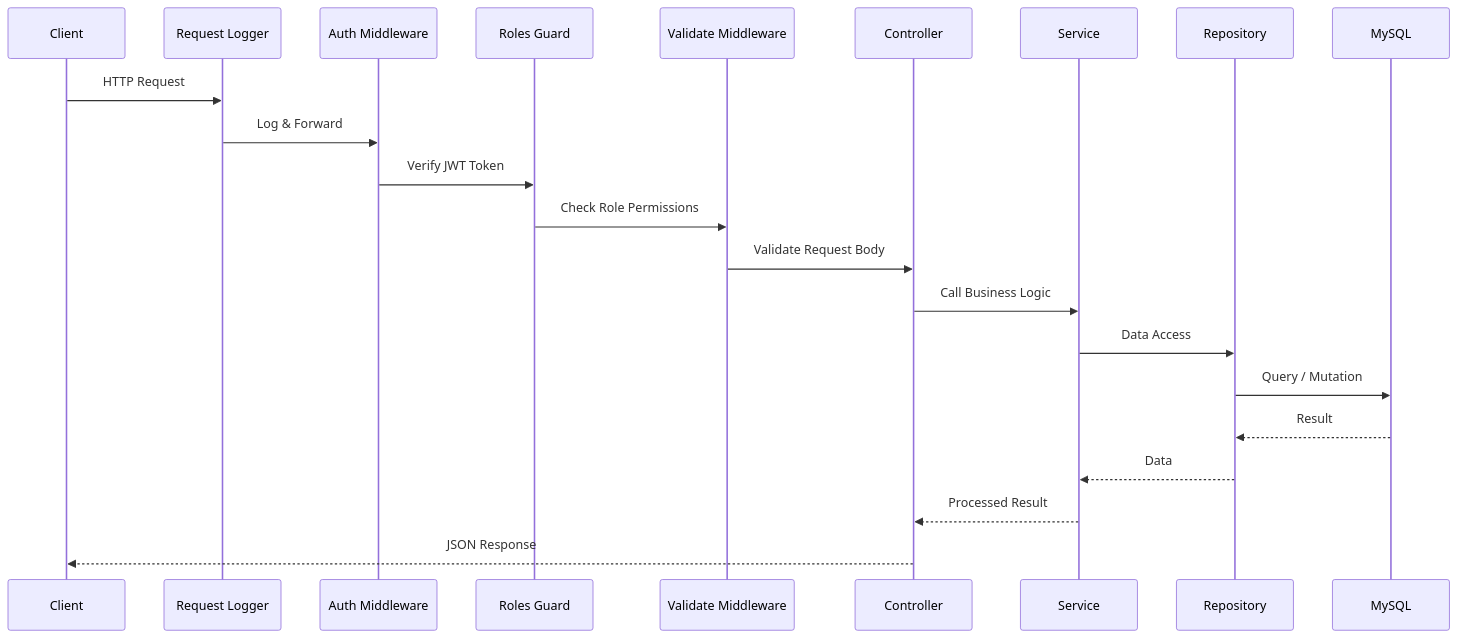
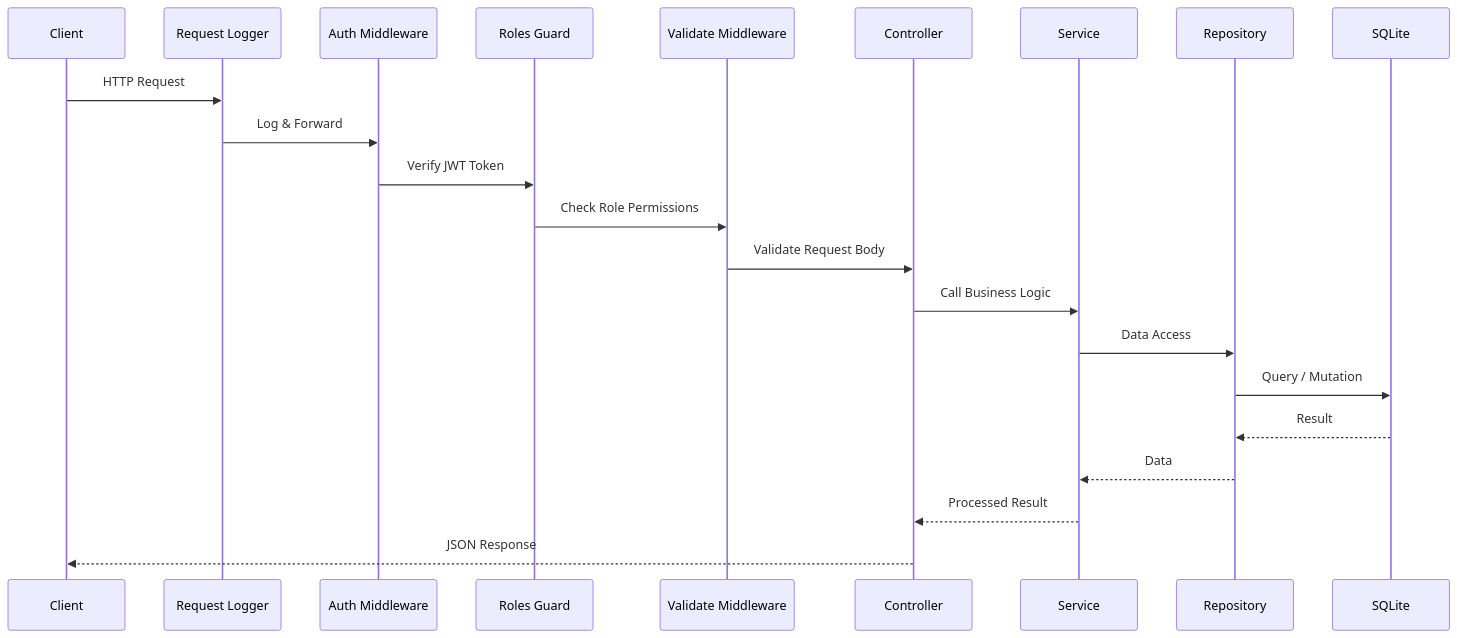
The second of 5 diagrams in backend/SYSTEM_DESIGN.md (amulyamandala/odoo-hackseye-hackathon), drawn with Mermaid before and after one commit. The commit also changed other lines of this file and 3 other files, not shown here.

Commit message:
chore(db): switch from MySQL to SQLite for zero-config hackathon setup

````diff
--- a/backend/SYSTEM_DESIGN.md
+++ b/backend/SYSTEM_DESIGN.md
@@ -39,25 +39,25 @@
 ```mermaid
 sequenceDiagram
     participant C as Client
     participant RL as Request Logger
     participant AM as Auth Middleware
     participant RG as Roles Guard
     participant VM as Validate Middleware
     participant CT as Controller
     participant SV as Service
     participant RP as Repository
-    participant DB as MySQL
+    participant DB as SQLite
 
     C->>RL: HTTP Request
     RL->>AM: Log & Forward
     AM->>RG: Verify JWT Token
     RG->>VM: Check Role Permissions
     VM->>CT: Validate Request Body
     CT->>SV: Call Business Logic
     SV->>RP: Data Access
     RP->>DB: Query / Mutation
     DB-->>RP: Result
     RP-->>SV: Data
     SV-->>CT: Processed Result
     CT-->>C: JSON Response
 ```
````
